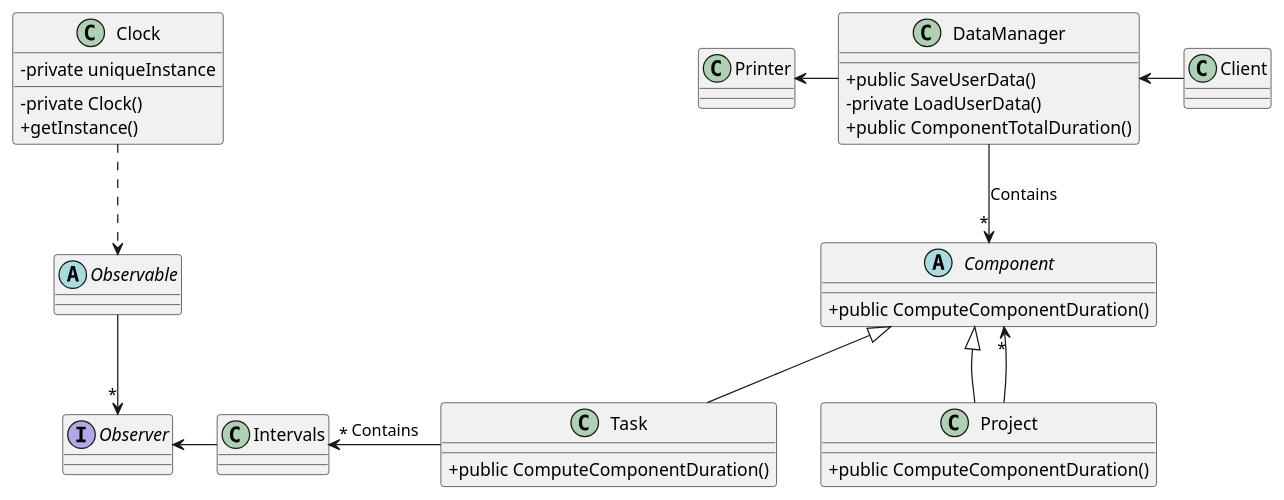
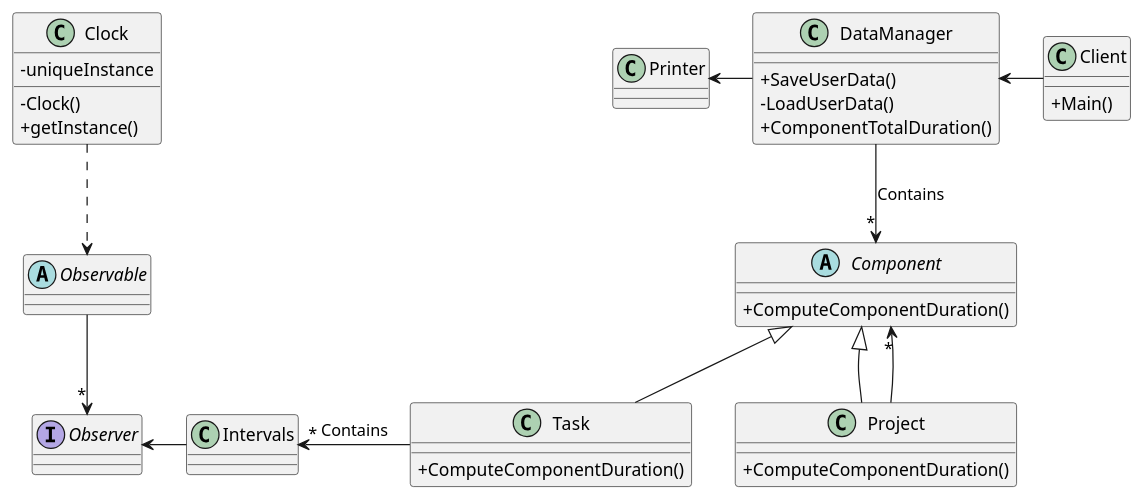
One commit to quimcamprubi/DS_Time_Tracker changed the diagram in DSTimeTracker.puml. Above: the diagram before and after it, drawn with PlantUML.

Commit message:
Removed unnecessary public and private literals in plantUML design

```diff
--- a/DSTimeTracker.puml
+++ b/DSTimeTracker.puml
@@ -1,56 +1,57 @@
 @startuml 
 
 skinparam classAttributeIconSize 0
 skinparam linetype polyline
 
 abstract class Component {
-+ public ComputeComponentDuration()
++ ComputeComponentDuration()
 }
 
 class Project extends Component {
-+ public ComputeComponentDuration()
++ ComputeComponentDuration()
 }
 
 
 class Task extends Component {
-+ public ComputeComponentDuration()
++ ComputeComponentDuration()
 }
 
 class Intervals {
 }
 
 Interface Observer{
 }
 
 abstract class Observable {
 }
 
 class Clock {
-- private uniqueInstance
-- private Clock()
+- uniqueInstance
+- Clock()
 + getInstance()
 }
 
 class Client{
++ Main()
 }
 
 class DataManager{  
-+ public SaveUserData()
-- private LoadUserData()
-+ public ComponentTotalDuration()
++ SaveUserData()
+- LoadUserData()
++ ComponentTotalDuration()
 }
 
 Class Printer{
 }
 
 DataManager -down-> "*" Component: Contains
 Project --> "*" Component
 Client -left-> DataManager
 Task -left-> "*" Intervals:Contains
 Clock .down.> Observable
 Observable -Down-> "*" Observer
 Intervals -left-> Observer
 DataManager -left-> Printer
 Task -[hidden]right-> Project
 
 @enduml
```
